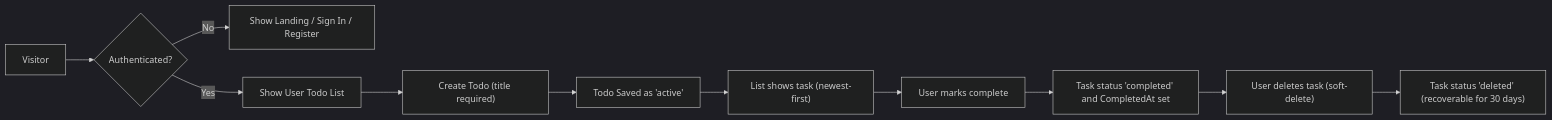
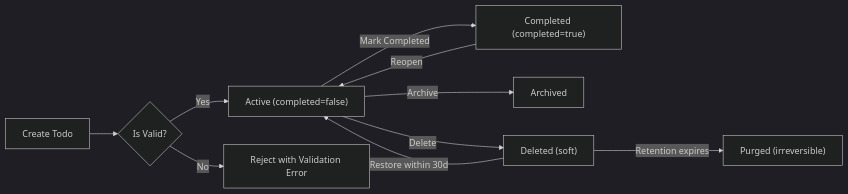
The first of 2 diagrams in openai/gpt-5-mini/todo/docs/analysis/00-toc.md (wrtnlabs/autobe-examples), drawn with Mermaid (dark theme) before and after one commit. The commit also changed other lines of this file and 16146 other files, not shown here.

````diff
--- a/openai/gpt-5-mini/todo/docs/analysis/00-toc.md
+++ b/openai/gpt-5-mini/todo/docs/analysis/00-toc.md
@@ -178,13 +147,12 @@
 ```mermaid
 graph LR
-  A["Visitor"] --> B{"Authenticated?"}
-  B -->|"No"| C["Show Landing / Sign In / Register"]
-  B -->|"Yes"| D["Show User Todo List"]
-  D --> E["Create Todo (title required)"]
-  E --> F["Todo Saved as 'active'"]
-  F --> G["List shows task (newest-first)"]
-  G --> H["User marks complete"]
-  H --> I["Task status 'completed' and CompletedAt set"]
-  I --> J["User deletes task (soft-delete)"]
-  J --> K["Task status 'deleted' (recoverable for 30 days)"]
+  A["Create Todo"] --> B{"Is Valid?"}
+  B -->|"Yes"| C["Active (completed=false)"]
+  B -->|"No"| D["Reject with Validation Error"]
+  C -->|"Mark Completed"| E["Completed (completed=true)"]
+  C -->|"Archive"| F["Archived"]
+  C -->|"Delete"| G["Deleted (soft)"]
+  E -->|"Reopen"| C
+  G -->|"Restore within 30d"| C
+  G -->|"Retention expires"| H["Purged (irreversible)"]
 ```
````
